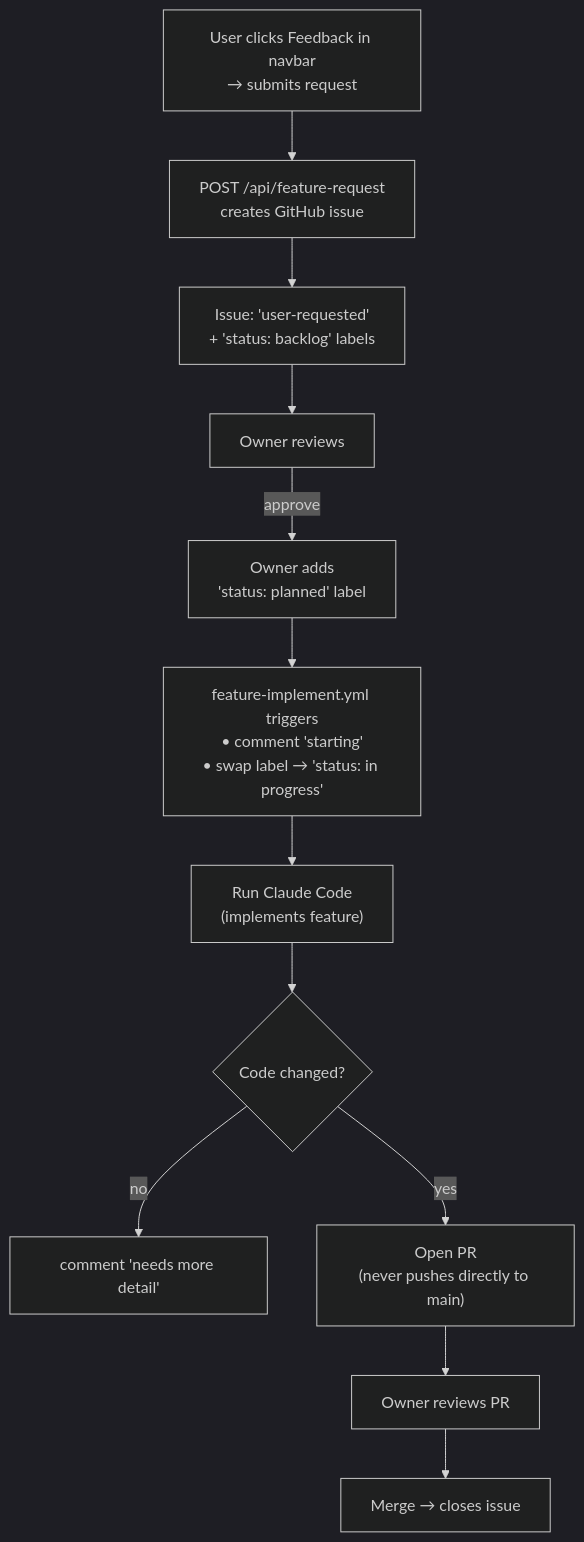
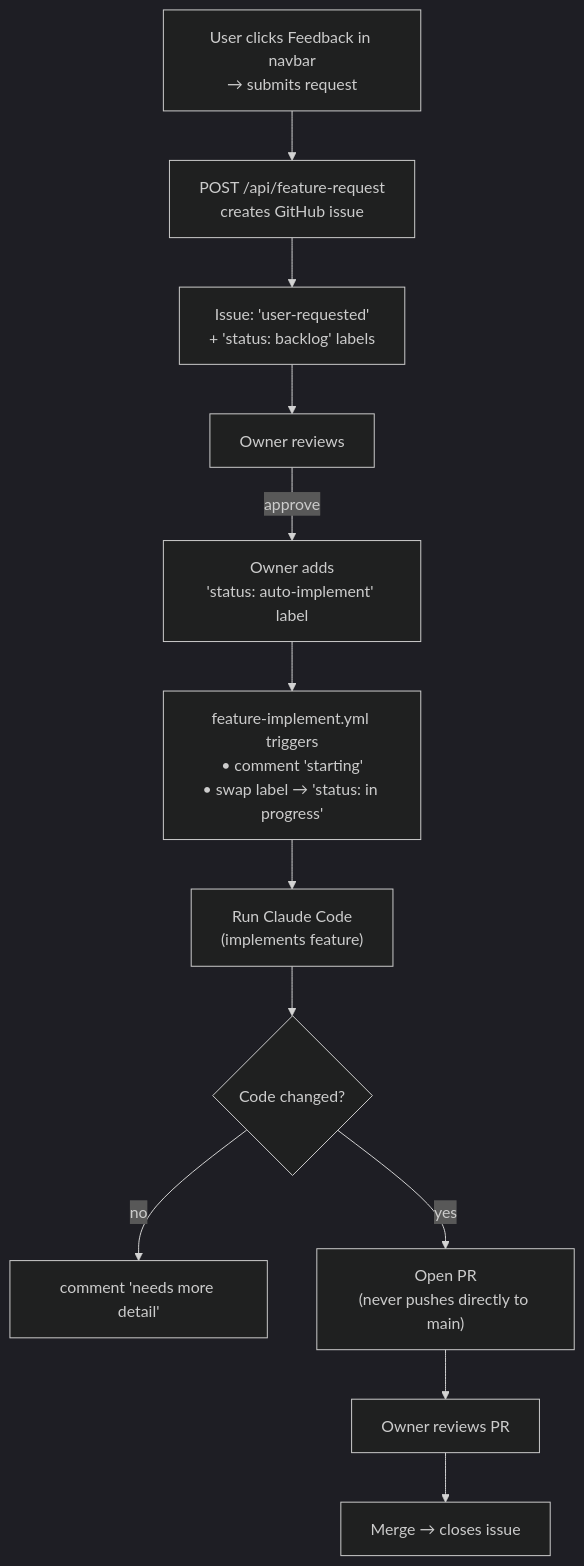
The fifth of 7 diagrams in README.md (zhaoanliu/job-tracker), drawn with Mermaid (dark theme) before and after one commit. The commit also changed other lines of this file and 2 other files, not shown here.

````diff
--- a/README.md
+++ b/README.md
@@ -297,14 +298,14 @@
 ```mermaid
 flowchart TD
     user["User clicks Feedback in navbar\n→ submits request"] --> api["POST /api/feature-request\ncreates GitHub issue"]
     api --> issue["Issue: 'user-requested'\n+ 'status: backlog' labels"]
     issue --> review["Owner reviews"]
-    review -->|"approve"| planned["Owner adds\n'status: planned' label"]
+    review -->|"approve"| planned["Owner adds\n'status: auto-implement' label"]
     planned --> implement["feature-implement.yml triggers\n• comment 'starting'\n• swap label → 'status: in progress'"]
     implement --> claude["Run Claude Code\n(implements feature)"]
     claude --> changed{"Code changed?"}
     changed -->|"no"| comment["comment 'needs more detail'"]
     changed -->|"yes"| pr["Open PR\n(never pushes directly to main)"]
     pr --> owner["Owner reviews PR"]
     owner --> merge["Merge → closes issue"]
 ```
````
